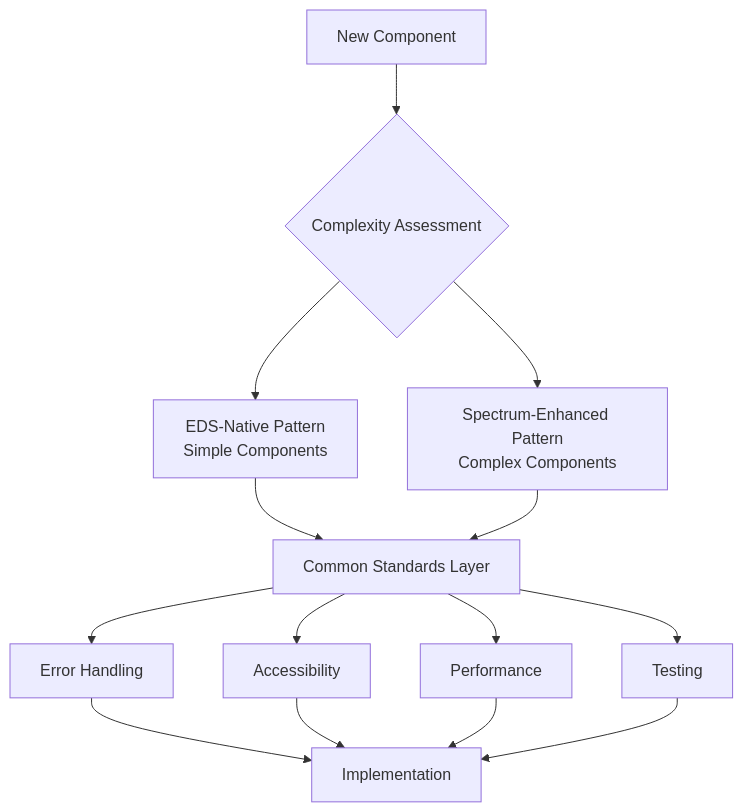
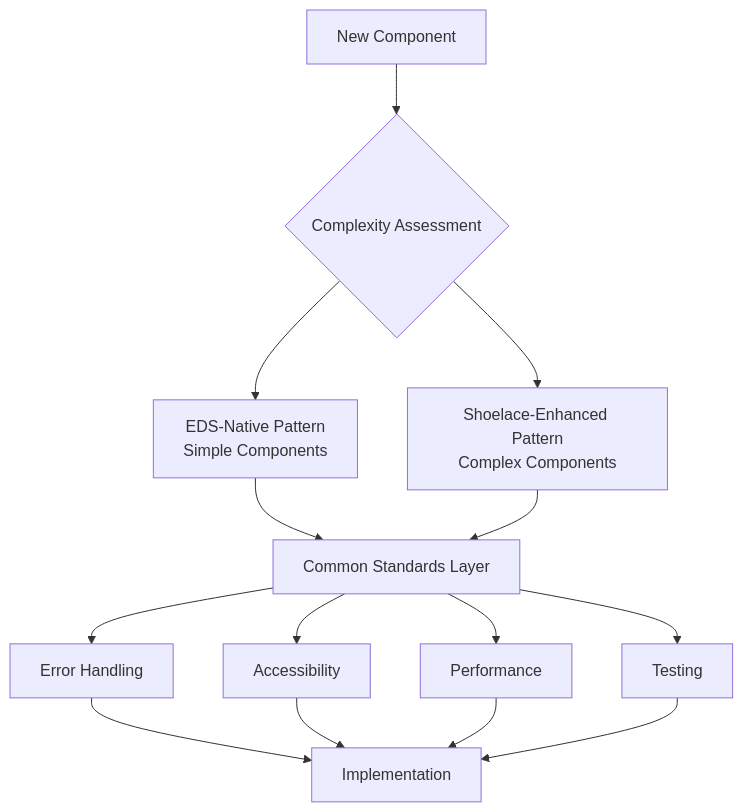
The diagram in docs/for-ai/block-architecture-standards.md (ddttom/webcomponents-with-eds), drawn with Mermaid before and after one commit. The commit also changed other lines of this file and 3 other files, not shown here.

````diff
--- a/docs/for-ai/block-architecture-standards.md
+++ b/docs/for-ai/block-architecture-standards.md
@@ -9,20 +20,20 @@
 ```mermaid
 graph TD
     A[New Component] --> B{Complexity Assessment}
     
     B --> C[EDS-Native Pattern<br/>Simple Components]
-    B --> D[Spectrum-Enhanced Pattern<br/>Complex Components]
+    B --> D[Shoelace-Enhanced Pattern<br/>Complex Components]
     
     C --> E[Common Standards Layer]
     D --> E
     
     E --> F[Error Handling]
     E --> G[Accessibility]
     E --> H[Performance]
     E --> I[Testing]
     
     F --> J[Implementation]
     G --> J
     H --> J
     I --> J
 ```
````
